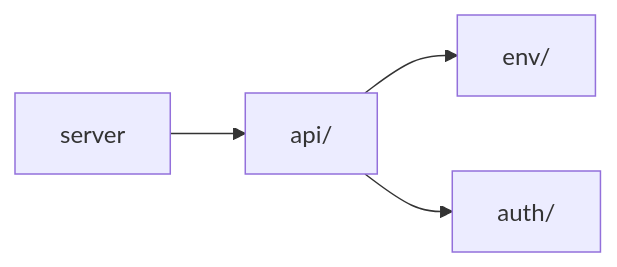
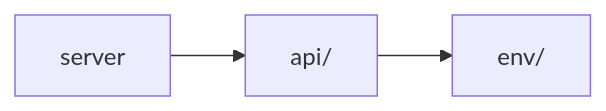
Before and after one commit to vitorvendrami/scientia: the diagram in doc/docs/index.md, drawn with Mermaid. The commit also changed 1 other file, not shown here.

````diff
--- a/doc/docs/index.md
+++ b/doc/docs/index.md
@@ -17,7 +17,6 @@
 ```mermaid
 graph LR;
     server-->api/;
     api/-->env/;
-    api/-->auth/;
 
 ```
````
